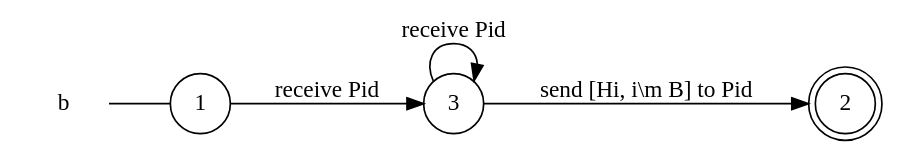
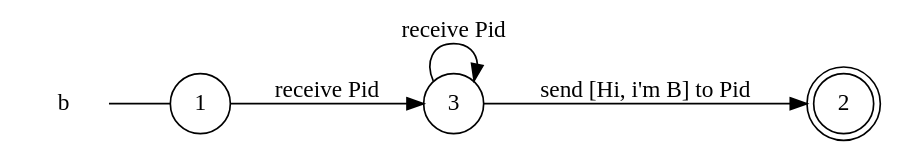
The diagram in examples/if-cases/b_local_view.dot (gabrielegenovese/chorer), drawn with Graphviz before and after one commit. The commit also changed 17 other files, not shown here.

```diff
--- a/examples/if-cases/b_local_view.dot
+++ b/examples/if-cases/b_local_view.dot
@@ -1,12 +1,12 @@
 digraph b {
 	rankdir="LR";
 	n_0 [label="b", shape="plaintext"];
 	n_1 [id="1", shape=circle, label="1"];
 	n_0 -> n_1 [arrowhead=none];
 	n_2 [id="2", shape=doublecircle, label="2"];
 	n_3 [id="3", shape=circle, label="3"];
 
-	n_3 -> n_2 [id="[$e|1]", label="send [Hi, i\\m B] to Pid"];
+	n_1 -> n_3 [id="[$e|2]", label="receive Pid"];
 	n_3 -> n_3 [id="[$e|0]", label="receive Pid"];
-	n_1 -> n_3 [id="[$e|2]", label="receive Pid"];
+	n_3 -> n_2 [id="[$e|1]", label="send [Hi, i'm B] to Pid"];
 }
```
